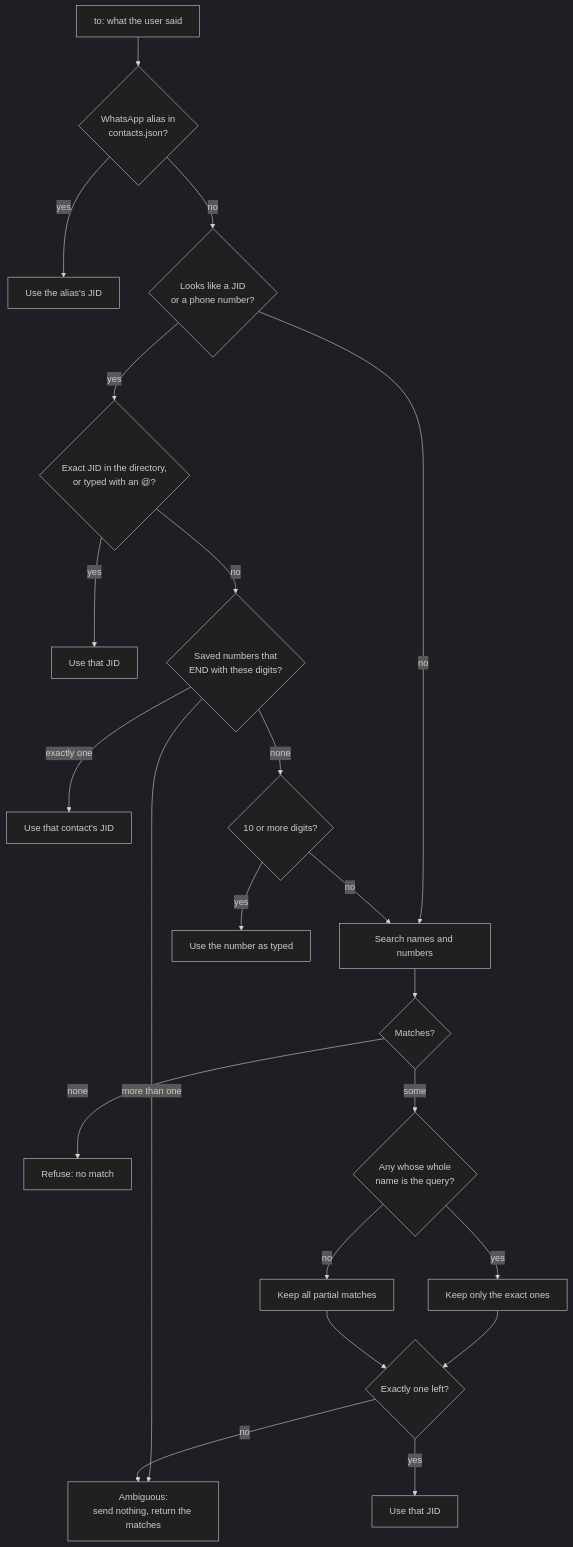
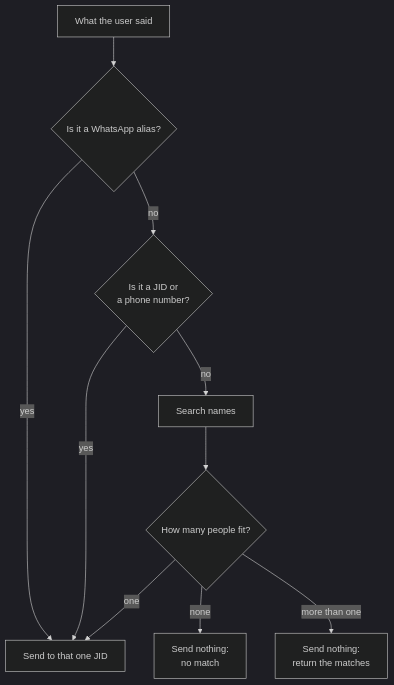
Before and after one commit to duplonicus/claude-messenger: the second of 2 diagrams in ARCHITECTURE.md, drawn with Mermaid (dark theme). The commit also changed other lines of this file, not shown here.

First line of the commit message:
Architecture: two flowcharts, the rest as steps and tables

````diff
--- a/ARCHITECTURE.md
+++ b/ARCHITECTURE.md
@@ -197,24 +132,12 @@
 ```mermaid
 flowchart TD
-    start["to: what the user said"] --> alias{"WhatsApp alias in<br/>contacts.json?"}
-    alias -- yes --> sendAlias["Use the alias's JID"]
-    alias -- no --> shape{"Looks like a JID<br/>or a phone number?"}
-    shape -- no --> search
-    shape -- yes --> known{"Exact JID in the directory,<br/>or typed with an @?"}
-    known -- yes --> sendJid["Use that JID"]
-    known -- no --> tail{"Saved numbers that<br/>END with these digits?"}
-    tail -- "more than one" --> amb["Ambiguous:<br/>send nothing, return the matches"]
-    tail -- "exactly one" --> sendTail["Use that contact's JID"]
-    tail -- none --> long{"10 or more digits?"}
-    long -- yes --> sendNew["Use the number as typed"]
-    long -- no --> search["Search names and numbers"]
-    search --> hits{"Matches?"}
-    hits -- none --> miss["Refuse: no match"]
-    hits -- "some" --> exact{"Any whose whole<br/>name is the query?"}
-    exact -- yes --> pool["Keep only the exact ones"]
-    exact -- no --> pool2["Keep all partial matches"]
-    pool --> one{"Exactly one left?"}
-    pool2 --> one
-    one -- yes --> sendName["Use that JID"]
-    one -- no --> amb
+    start["What the user said"] --> alias{"Is it a WhatsApp alias?"}
+    alias -- yes --> send["Send to that one JID"]
+    alias -- no --> num{"Is it a JID or<br/>a phone number?"}
+    num -- yes --> send
+    num -- no --> name["Search names"]
+    name --> count{"How many people fit?"}
+    count -- one --> send
+    count -- none --> refuse["Send nothing:<br/>no match"]
+    count -- "more than one" --> ask["Send nothing:<br/>return the matches"]
 ```
````
